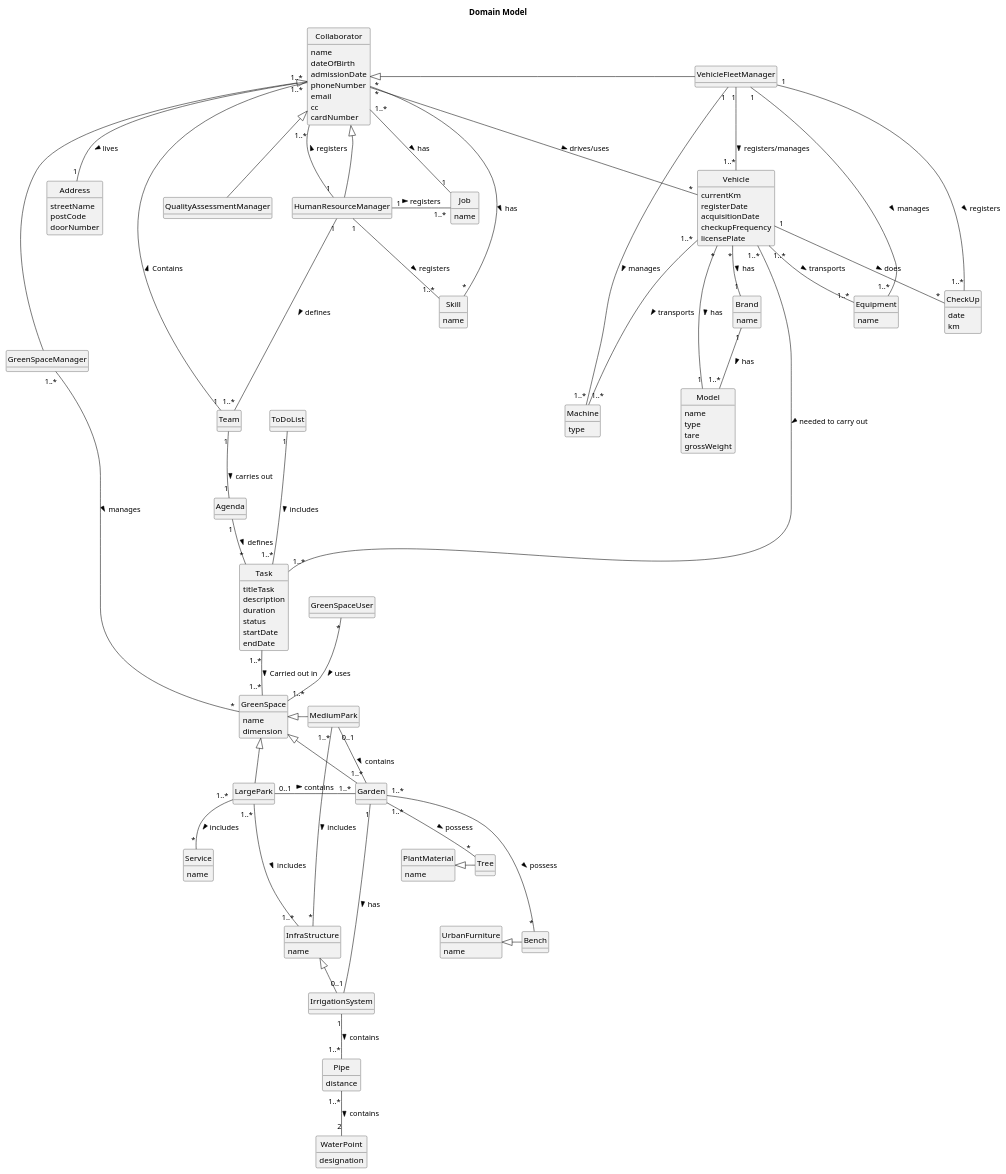
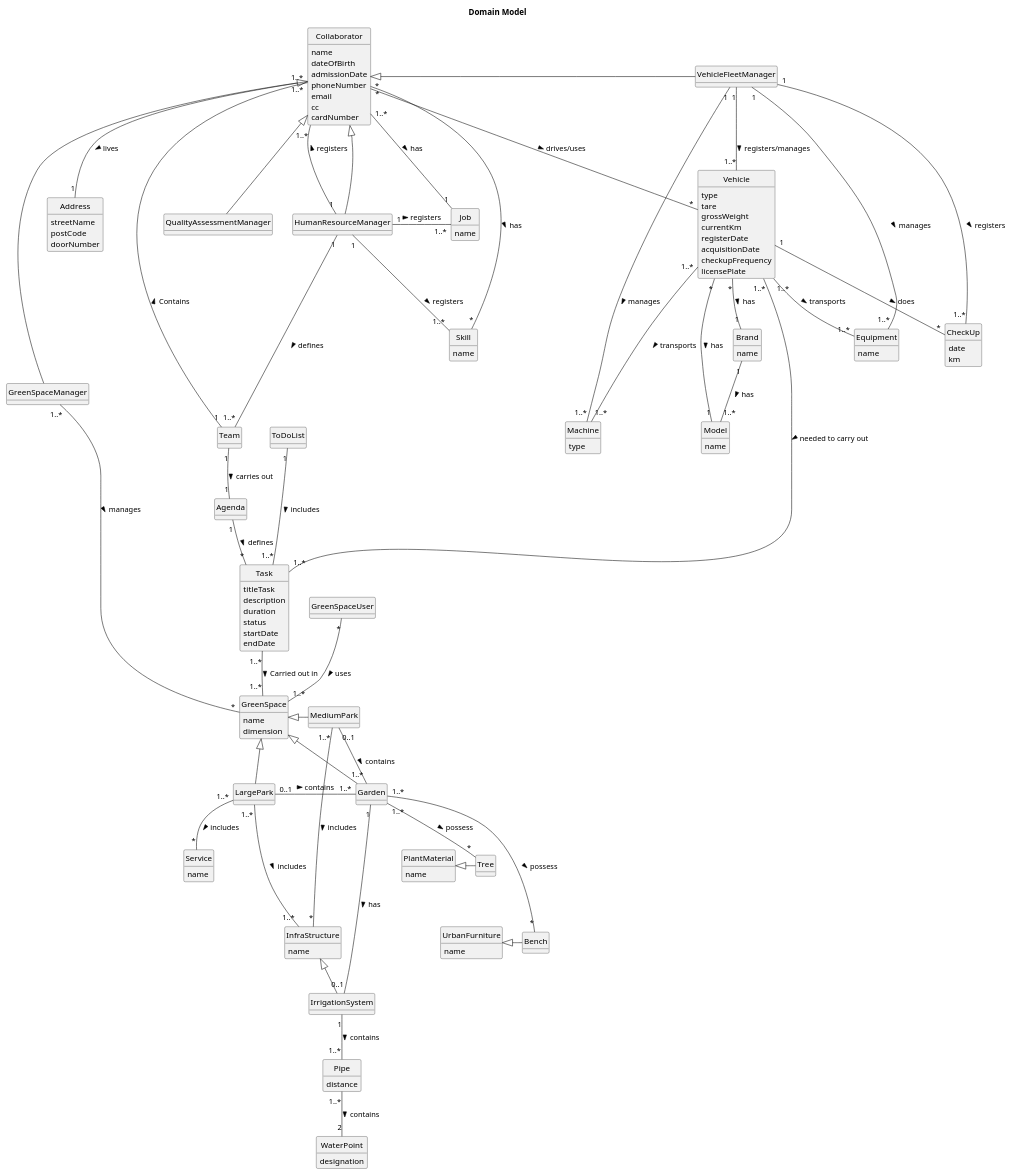
Before and after one commit to Departamento-de-Engenharia-Informatica/lei-24-s2-1db-g022: the diagram in docs/sprint2/global-artifacts/02.analysis/puml/project-domain-model.puml, drawn with PlantUML. The commit also changed other lines of this file, not shown here.

```diff
--- a/docs/sprint2/global-artifacts/02.analysis/puml/project-domain-model.puml
+++ b/docs/sprint2/global-artifacts/02.analysis/puml/project-domain-model.puml
@@ -56,6 +56,9 @@
 }
 
 class Vehicle{
+    type
+    tare
+    grossWeight
     currentKm
     registerDate
     acquisitionDate
@@ -69,9 +72,6 @@
 
 class Model{
     name
-    type
-    tare
-    grossWeight
 }
 
 
```
